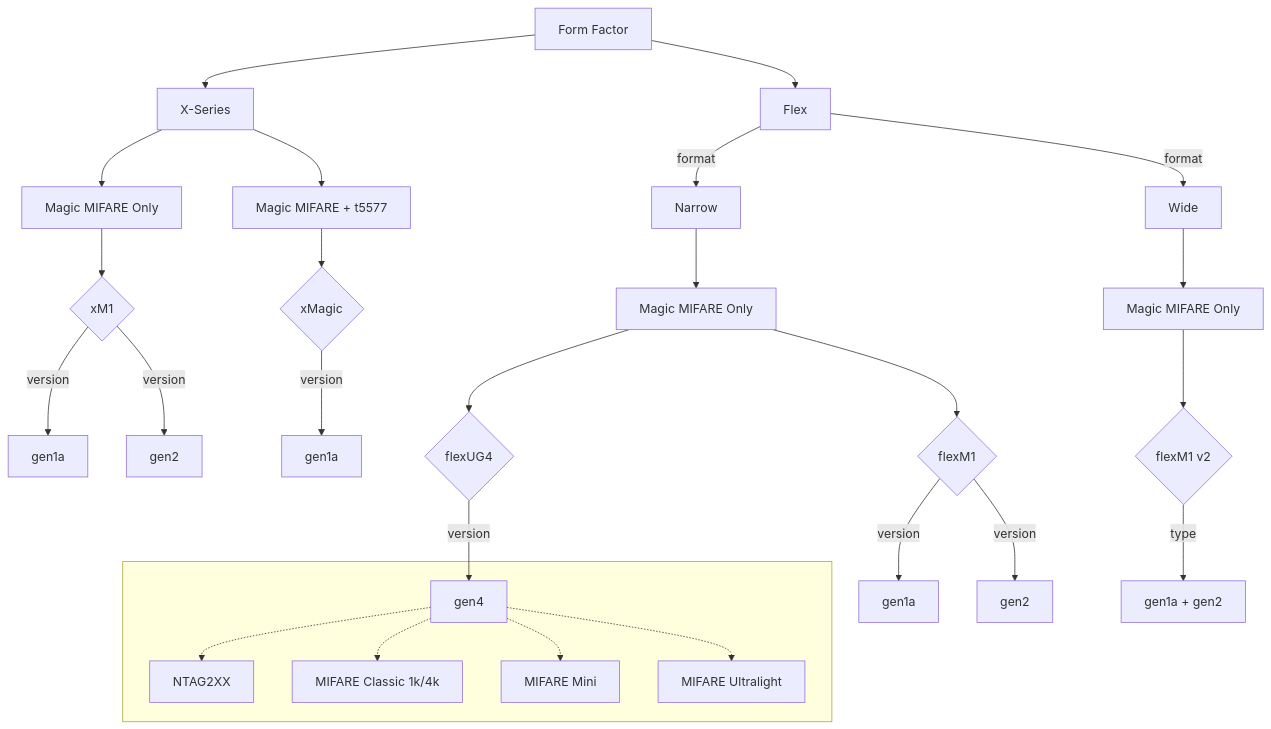
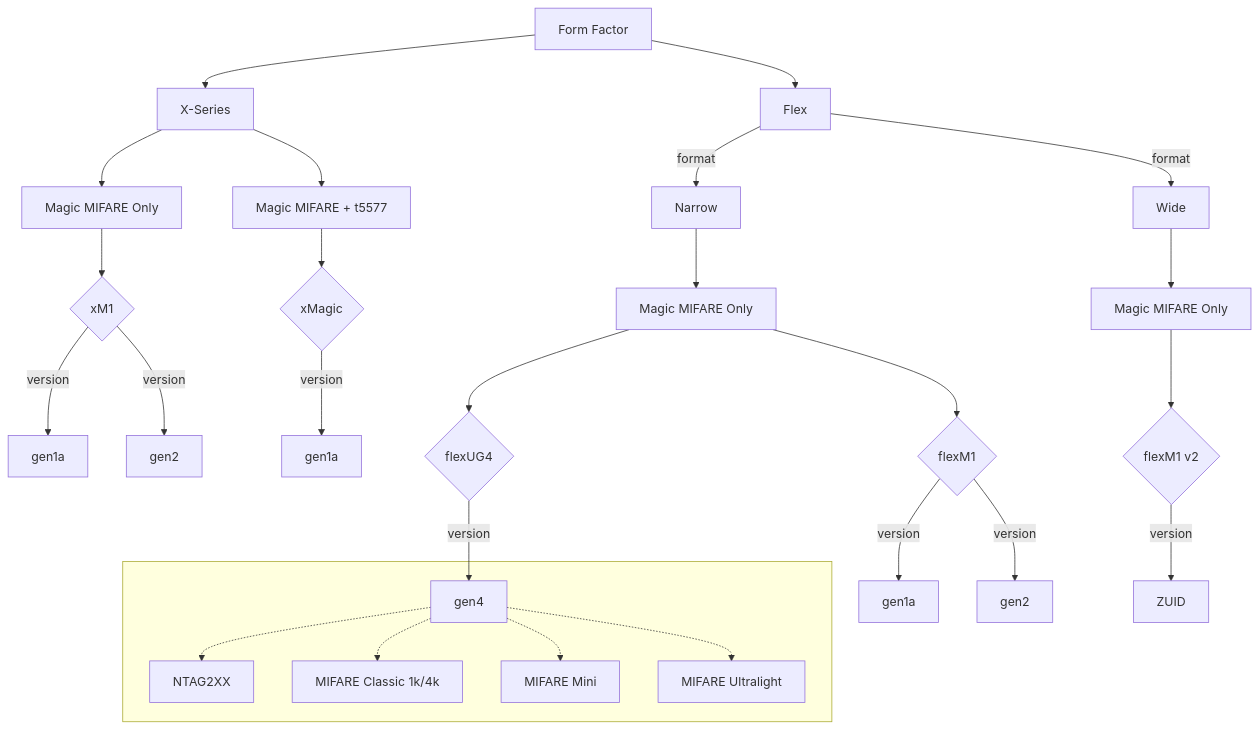
The diagram in chips/MIFARE_CLASSIC_1K_4B_OPTIONS.md (dangerous-tac0s/pm3_documentation), drawn with Mermaid before and after one commit. The commit also changed other lines of this file, not shown here.

````diff
--- a/chips/MIFARE_CLASSIC_1K_4B_OPTIONS.md
+++ b/chips/MIFARE_CLASSIC_1K_4B_OPTIONS.md
@@ -3,27 +3,27 @@
 ```mermaid
   flowchart TD;
       A[Form Factor]--> B[X-Series] & C[Flex];
 
       B --> B1[Magic MIFARE Only] & B2[Magic MIFARE + t5577]
       B1 --> B1.1{xM1}
       click B1.1 "https://dngr.us/xm1" _self
       B1.1 -- version --> B1.1a[gen1a] & B1.1b[gen2]
       B2 --> B2.1{xMagic}
       click B2.1 "https://dngr.us/xmagic" _self
       B2.1 -- version --> B2.1a[gen1a]
 
       C -- format --> C1[Narrow] & C2[Wide]
       C1 --> C1.1[Magic MIFARE Only]
       C1.1 --> C1.1a{flexM1} & C1.1b{flexUG4}
       click C1.1a "https://dngr.us/flexM1" _self
       click C1.1b "https://dngr.us/flexug4" _self
       C1.1a -- version --> C1.1a_1[gen1a] & C1.1a_2[gen2]
       C1.1b -- version --> C1.1b_1[gen4]
       C2 --> C2.1[Magic MIFARE Only]
       C2.1 --> C2.1a{flexM1 v2};
-      C2.1a -- type --> C2.1a_1[gen1a + gen2];
-
+      click C2.1a "https://dngr.us/flexM1-v2" _self
+      C2.1a -- version --> C2.1a_1[ZUID];
       subgraph " "
       C1.1b_1 .-> UG4a[NTAG2XX] & UG4b[MIFARE Classic 1k/4k] & UG4c[MIFARE Mini] & UG4d[MIFARE Ultralight]
       end      
 ```
````
